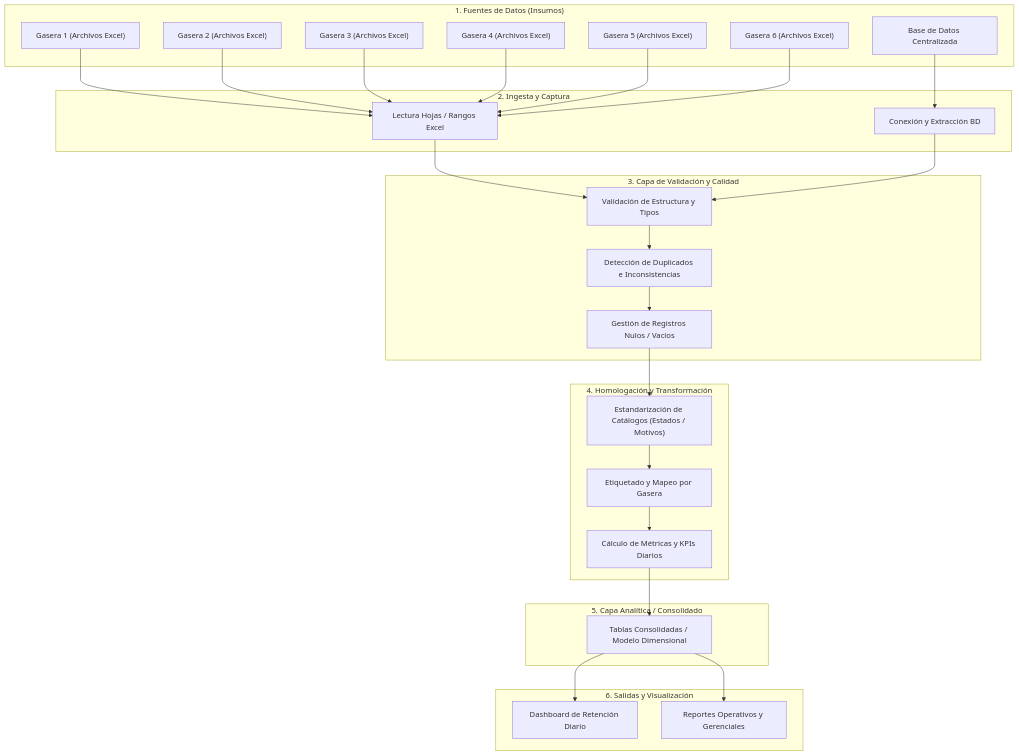
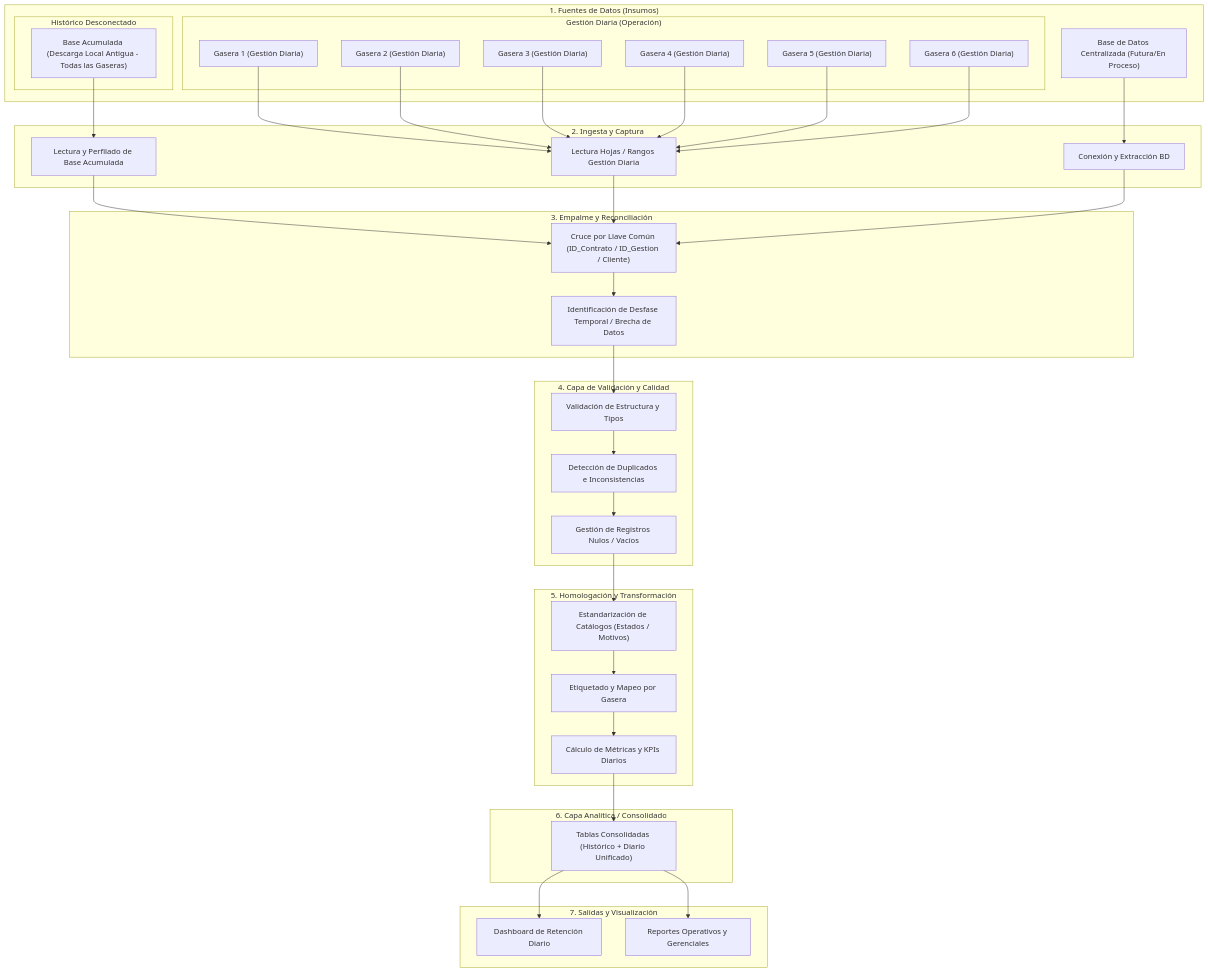
One commit to SamuelM06/Reporte_Gestion_Diaria_Promigas changed the diagram in context/Analisis/flujo_de_datos.md. Above: the diagram before and after it, drawn with Mermaid. The commit also changed 1 other file, not shown here.

Commit message:
docs: registrar hallazgo de Base Acumulada y gap con gestion diaria

````diff
--- a/context/Analisis/flujo_de_datos.md
+++ b/context/Analisis/flujo_de_datos.md
@@ -9,54 +9,68 @@
 ```mermaid
 flowchart TD
     subgraph Orígenes ["1. Fuentes de Datos (Insumos)"]
-        G1["Gasera 1 (Archivos Excel)"]
-        G2["Gasera 2 (Archivos Excel)"]
-        G3["Gasera 3 (Archivos Excel)"]
-        G4["Gasera 4 (Archivos Excel)"]
-        G5["Gasera 5 (Archivos Excel)"]
-        G6["Gasera 6 (Archivos Excel)"]
-        BD["Base de Datos Centralizada"]
+        subgraph Historico ["Histórico Desconectado"]
+            BA["Base Acumulada (Descarga Local Antigua - Todas las Gaseras)"]
+        end
+        subgraph Diario ["Gestión Diaria (Operación)"]
+            G1["Gasera 1 (Gestión Diaria)"]
+            G2["Gasera 2 (Gestión Diaria)"]
+            G3["Gasera 3 (Gestión Diaria)"]
+            G4["Gasera 4 (Gestión Diaria)"]
+            G5["Gasera 5 (Gestión Diaria)"]
+            G6["Gasera 6 (Gestión Diaria)"]
+        end
+        BD["Base de Datos Centralizada (Futura/En Proceso)"]
     end
 
     subgraph Ingestion ["2. Ingesta y Captura"]
-        RawExcel["Lectura Hojas / Rangos Excel"]
+        LoadBA["Lectura y Perfilado de Base Acumulada"]
+        RawExcel["Lectura Hojas / Rangos Gestión Diaria"]
         DBSync["Conexión y Extracción BD"]
     end
 
-    subgraph Auditoria ["3. Capa de Validación y Calidad"]
+    subgraph Conciliacion ["3. Empalme y Reconciliación"]
+        MergeKey["Cruce por Llave Común (ID_Contrato / ID_Gestion / Cliente)"]
+        CheckGap["Identificación de Desfase Temporal / Brecha de Datos"]
+    end
+
+    subgraph Auditoria ["4. Capa de Validación y Calidad"]
         ValFormat["Validación de Estructura y Tipos"]
         CheckDups["Detección de Duplicados e Inconsistencias"]
         CheckNulls["Gestión de Registros Nulos / Vacíos"]
     end
 
-    subgraph Transformacion ["4. Homologación y Transformación"]
+    subgraph Transformacion ["5. Homologación y Transformación"]
         StdCat["Estandarización de Catálogos (Estados / Motivos)"]
         MapGaseras["Etiquetado y Mapeo por Gasera"]
         CalcMetrics["Cálculo de Métricas y KPIs Diarios"]
     end
 
-    subgraph Storage ["5. Capa Analítica / Consolidado"]
-        Staging["Tablas Consolidadas / Modelo Dimensional"]
+    subgraph Storage ["6. Capa Analítica / Consolidado"]
+        Staging["Tablas Consolidadas (Histórico + Diario Unificado)"]
     end
 
-    subgraph Consumo ["6. Salidas y Visualización"]
+    subgraph Consumo ["7. Salidas y Visualización"]
         DashDaily["Dashboard de Retención Diario"]
         RepMgmt["Reportes Operativos y Gerenciales"]
     end
 
+    BA --> LoadBA
     G1 --> RawExcel
     G2 --> RawExcel
     G3 --> RawExcel
     G4 --> RawExcel
     G5 --> RawExcel
     G6 --> RawExcel
     BD --> DBSync
 
-    RawExcel --> ValFormat
-    DBSync --> ValFormat
+    LoadBA --> MergeKey
+    RawExcel --> MergeKey
+    DBSync --> MergeKey
+    MergeKey --> CheckGap --> ValFormat
     ValFormat --> CheckDups --> CheckNulls
     CheckNulls --> StdCat --> MapGaseras --> CalcMetrics
     CalcMetrics --> Staging
     Staging --> DashDaily
     Staging --> RepMgmt
 ```
````
